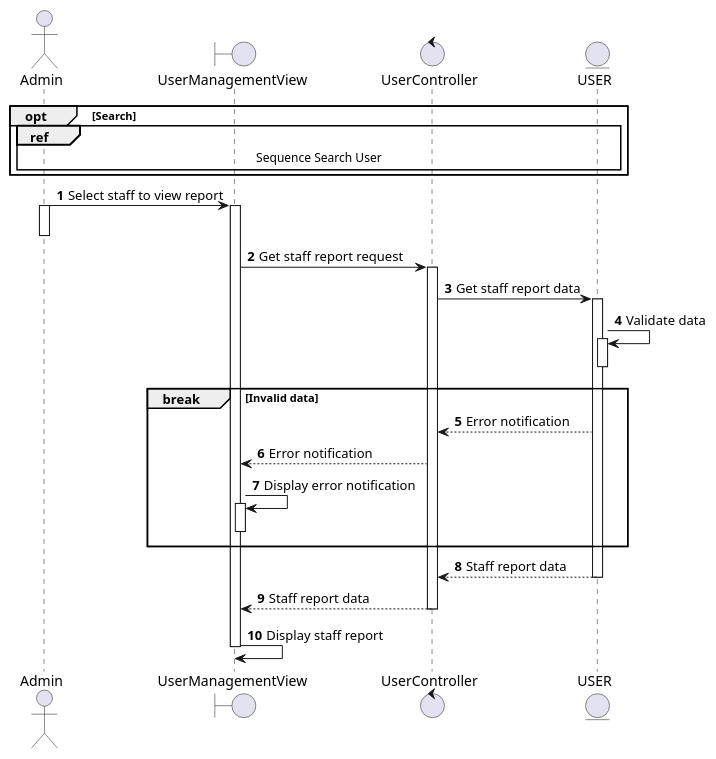
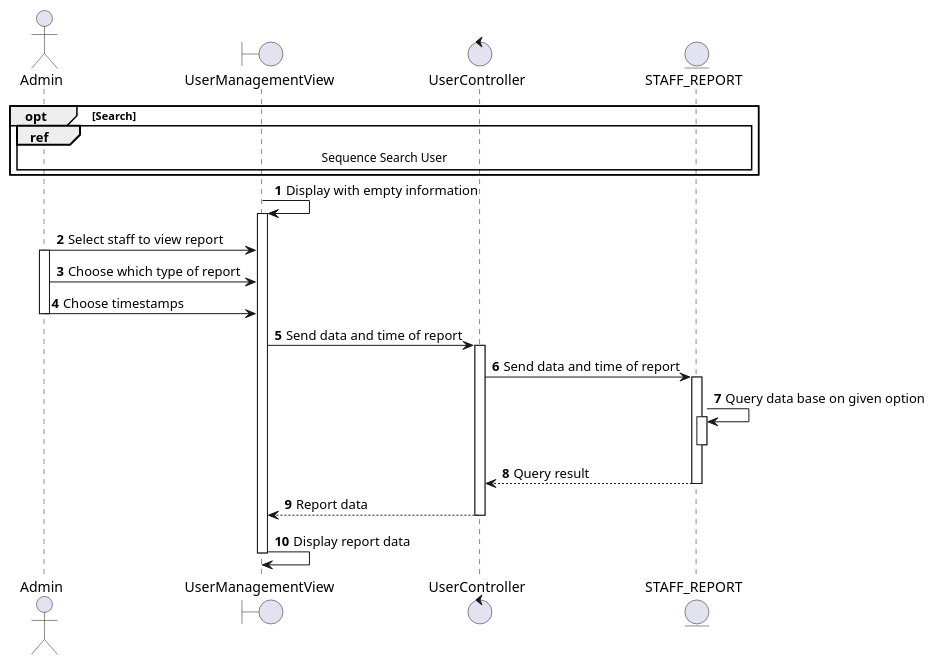
The diagram in docs/docs/sequence/manage-user/view-staff-report.md (electricilies/electricilies.github.io), drawn with PlantUML before and after one commit. The commit also changed 38 other files, not shown here.

````diff
--- a/docs/docs/sequence/manage-user/view-staff-report.md
+++ b/docs/docs/sequence/manage-user/view-staff-report.md
@@ -3,39 +3,35 @@
 ```plantuml
 @startuml
 autonumber
 
 actor Admin as A
 boundary UserManagementView as UMV
 control UserController as UC
-entity USER as U
+entity STAFF_REPORT as SR
 
 opt Search
-  ref over A, U: Sequence Search User
+  ref over A, SR: Sequence Search User
 end
+UMV -> UMV: Display with empty information
+activate UMV
 A -> UMV: Select staff to view report
 activate A
-activate UMV
+A -> UMV: Choose which type of report
+A -> UMV: Choose timestamps
 deactivate A
-UMV -> UC: Get staff report request
+UMV -> UC: Send data and time of report
 activate UC
-UC -> U: Get staff report data
-activate U
-U -> U: Validate data
-activate U
-deactivate U
-break Invalid data
-  UC <-- U: Error notification
-  UMV <-- UC: Error notification
-  UMV -> UMV: Display error notification
-  activate UMV
-  deactivate UMV
-end
-UC <-- U: Staff report data
-deactivate U
-UMV <-- UC: Staff report data
+UC -> SR: Send data and time of report
+activate SR
+SR -> SR: Query data base on given option
+activate SR
+deactivate SR
+UC <-- SR: Query result
+deactivate SR
+UMV <-- UC: Report data
 deactivate UC
-UMV -> UMV: Display staff report
+UMV -> UMV: Display report data
 deactivate UMV
 
 @enduml
 ```
````
